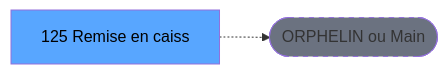
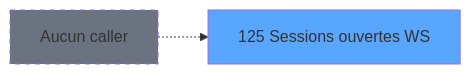
The second of 3 diagrams in .openspec/specs/ADH-IDE-125.md (thonyAGP/magic-migration), drawn with Mermaid before and after one commit. The commit also changed other lines of this file and 311 other files, not shown here.

````diff
--- a/.openspec/specs/ADH-IDE-125.md
+++ b/.openspec/specs/ADH-IDE-125.md
@@ -129,8 +146,8 @@
 ```mermaid
 graph LR
-    T[125 Remise en caiss]
-    ORPHAN([ORPHELIN ou Main])
-    T -.-> ORPHAN
-    style T fill:#58a6ff,color:#000
-    style ORPHAN fill:#6b7280,stroke-dasharray: 5 5
+    T125[125 Sessions ouvertes WS]
+    style T125 fill:#58a6ff
+    NONE[Aucun caller]
+    NONE -.-> T125
+    style NONE fill:#6b7280,stroke-dasharray: 5 5
 ```
````
